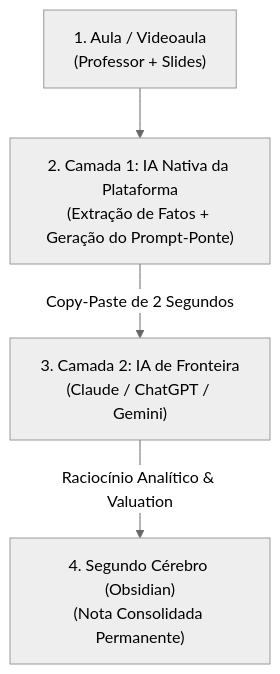
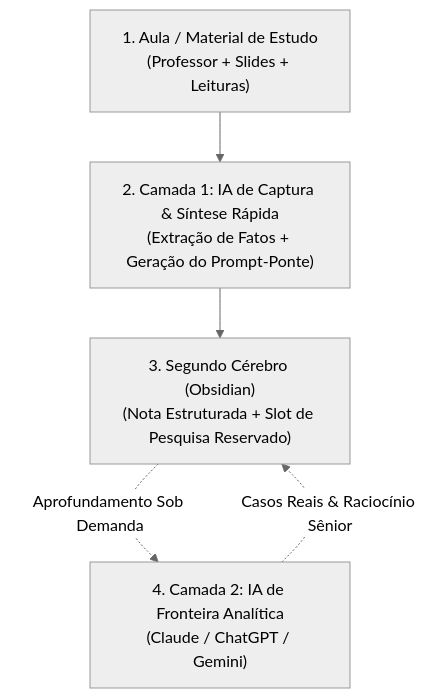
Before and after one commit to 7arthurfmelo-source/wiki: the diagram in content/08_Estudos_e_Agentes_de_IA/01-estudos-com-ia-a-falencia-do-estudo-passivo-e-o-modelo-two-tier.md, drawn with Mermaid (neutral theme). The commit also changed other lines of this file, not shown here.

````diff
--- a/content/08_Estudos_e_Agentes_de_IA/01-estudos-com-ia-a-falencia-do-estudo-passivo-e-o-modelo-two-tier.md
+++ b/content/08_Estudos_e_Agentes_de_IA/01-estudos-com-ia-a-falencia-do-estudo-passivo-e-o-modelo-two-tier.md
@@ -82,6 +67,7 @@
 ```mermaid
 graph TD
-    Aula["1. Aula / Videoaula<br>(Professor + Slides)"] --> C1["2. Camada 1: IA Nativa da Plataforma<br>(Extração de Fatos + Geração do Prompt-Ponte)"]
-    C1 -->|Copy-Paste de 2 Segundos| C2["3. Camada 2: IA de Fronteira<br>(Claude / ChatGPT / Gemini)"]
-    C2 -->|Raciocínio Analítico & Valuation| Obs["4. Segundo Cérebro (Obsidian)<br>(Nota Consolidada Permanente)"]
+    Aula["1. Aula / Material de Estudo<br>(Professor + Slides + Leituras)"] --> C1["2. Camada 1: IA de Captura & Síntese Rápida<br>(Extração de Fatos + Geração do Prompt-Ponte)"]
+    C1 --> Obs["3. Segundo Cérebro (Obsidian)<br>(Nota Estruturada + Slot de Pesquisa Reservado)"]
+    Obs -.->|Aprofundamento Sob Demanda| C2["4. Camada 2: IA de Fronteira Analítica<br>(Claude / ChatGPT / Gemini)"]
+    C2 -.->|Casos Reais & Raciocínio Sênior| Obs
 ```
````
